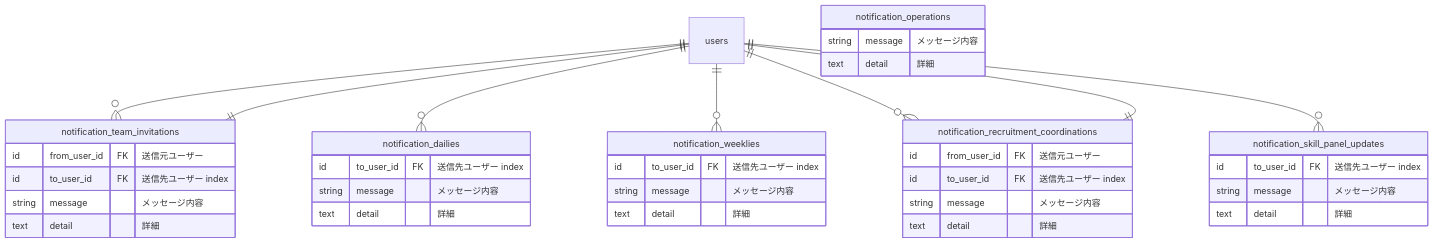
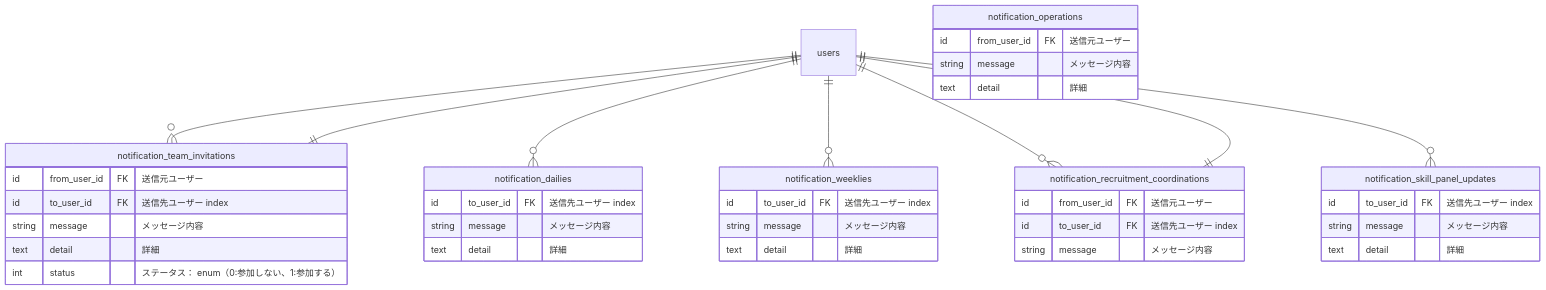
One commit to bright-org/bright changed the third of 6 diagrams in docs/conceptual_schemas/notifications.md. Above: the diagram before and after it, drawn with Mermaid. The commit also changed other lines of this file, not shown here.

````diff
--- a/docs/conceptual_schemas/notifications.md
+++ b/docs/conceptual_schemas/notifications.md
@@ -36,52 +36,53 @@
 ```mermaid
 erDiagram
   "users" ||--o{ "notification_team_invitations" : ""
   "notification_team_invitations" ||--|| "users" : ""
 
   "users" ||--o{ "notification_dailies" : ""
   "users" ||--o{ "notification_weeklies" : ""
 
   "users" ||--o{ "notification_recruitment_coordinations" : ""
   "notification_recruitment_coordinations" ||--|| "users" : ""
 
   "users" ||--o{　"notification_skill_panel_updates"　: ""
   "notification_operations"
 
   notification_team_invitations {
     id from_user_id	FK "送信元ユーザー"
     id to_user_id	FK "送信先ユーザー index"
     string message	"メッセージ内容"
     text detail	"詳細"
+    int status "ステータス： enum（0:参加しない、1:参加する）"
   }
   
   notification_dailies {
     id to_user_id	FK "送信先ユーザー index"
     string message	"メッセージ内容"
     text detail	"詳細"
   }
 
   notification_weeklies {
     id to_user_id	FK "送信先ユーザー index"
     string message	"メッセージ内容"
     text detail	"詳細"
   }
 
   notification_recruitment_coordinations {
     id from_user_id	FK "送信元ユーザー"
     id to_user_id	FK "送信先ユーザー index"
     string message	"メッセージ内容"
-    text detail	"詳細"
   }
 
   notification_skill_panel_updates {
     id to_user_id	FK "送信先ユーザー index"
     string message	"メッセージ内容"
     text detail	"詳細"
   }
 
   notification_operations {
+    id from_user_id	FK "送信元ユーザー"
     string message	"メッセージ内容"
     text detail	"詳細"
   }
   
 ```
````
